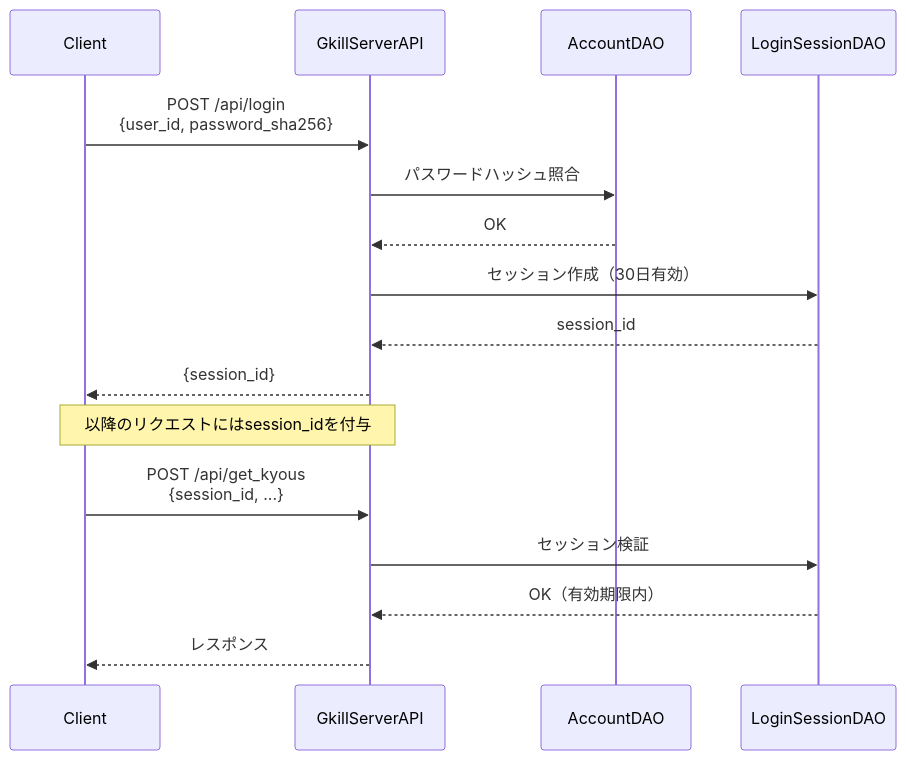
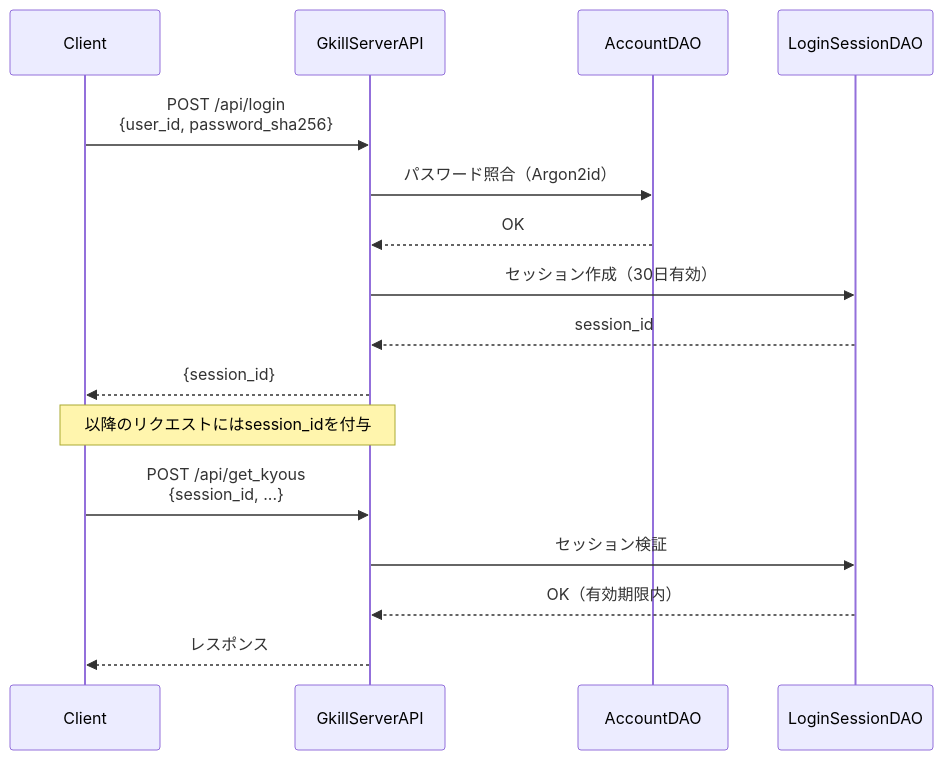
One commit to mt3hr/gkill changed the seventh of 7 diagrams in documents/reverse/program-spec.md. Above: the diagram before and after it, drawn with Mermaid. The commit also changed other lines of this file and 62 other files, not shown here.

````diff
--- a/documents/reverse/program-spec.md
+++ b/documents/reverse/program-spec.md
@@ -471,21 +471,21 @@
 ```mermaid
 sequenceDiagram
     participant Client
     participant API as GkillServerAPI
     participant DAO as AccountDAO
     participant Session as LoginSessionDAO
 
     Client->>API: POST /api/login<br/>{user_id, password_sha256}
-    API->>DAO: パスワードハッシュ照合
+    API->>DAO: パスワード照合（Argon2id）
     DAO-->>API: OK
     API->>Session: セッション作成（30日有効）
     Session-->>API: session_id
     API-->>Client: {session_id}
 
     Note over Client,API: 以降のリクエストにはsession_idを付与
 
     Client->>API: POST /api/get_kyous<br/>{session_id, ...}
     API->>Session: セッション検証
     Session-->>API: OK（有効期限内）
     API-->>Client: レスポンス
 ```
````
